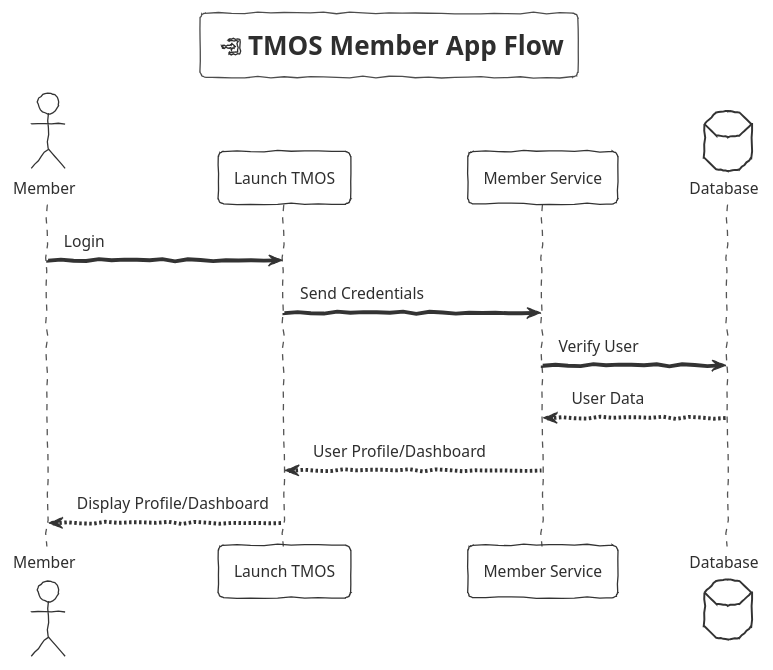
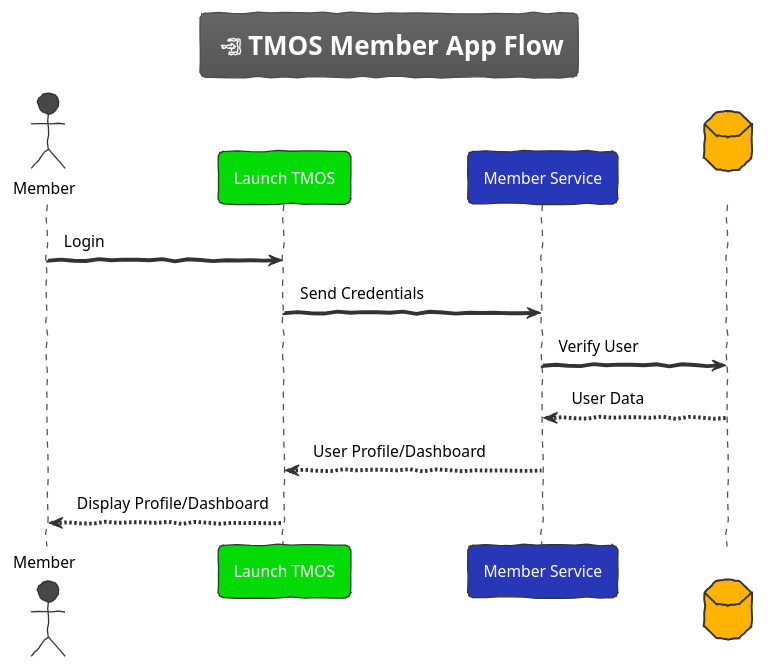
One commit to pmwong008/PlantUML_boot changed the diagram in docs/architecture/tmos_member_app_flow.puml. Above: the diagram before and after it, drawn with PlantUML. The commit also changed 3 other files, not shown here.

Commit message:
Theme sketchy details added.

```diff
--- a/docs/architecture/tmos_member_app_flow.puml
+++ b/docs/architecture/tmos_member_app_flow.puml
@@ -1,15 +1,20 @@
 @startuml
-!theme sketchy-outline
+!theme sketchy
+skinparam handwritten true
+
+skinparam ArrowFontColor black
+skinparam ActorFontColor black
+
 title: <size:20> <&account-login> TMOS Member App Flow
 actor Member
-participant "Launch TMOS" as App
-participant "Member Service" as Backend
-database "Database" as DB
+participant "Launch TMOS" as App #02db06
+participant "Member Service" as Backend #2737b8
+database "Database" as DB #ffb303
 
 Member -> App: Login
 App -> Backend: Send Credentials
 Backend -> DB: Verify User
 DB --> Backend: User Data
 Backend --> App: User Profile/Dashboard
 App --> Member: Display Profile/Dashboard
 @enduml
```
